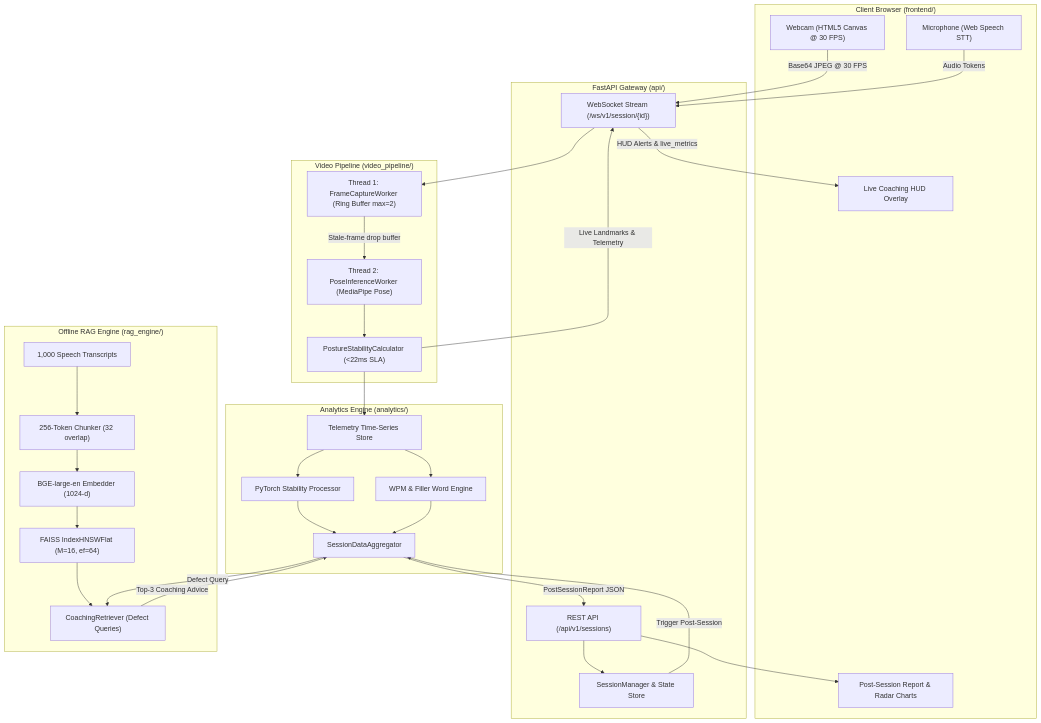
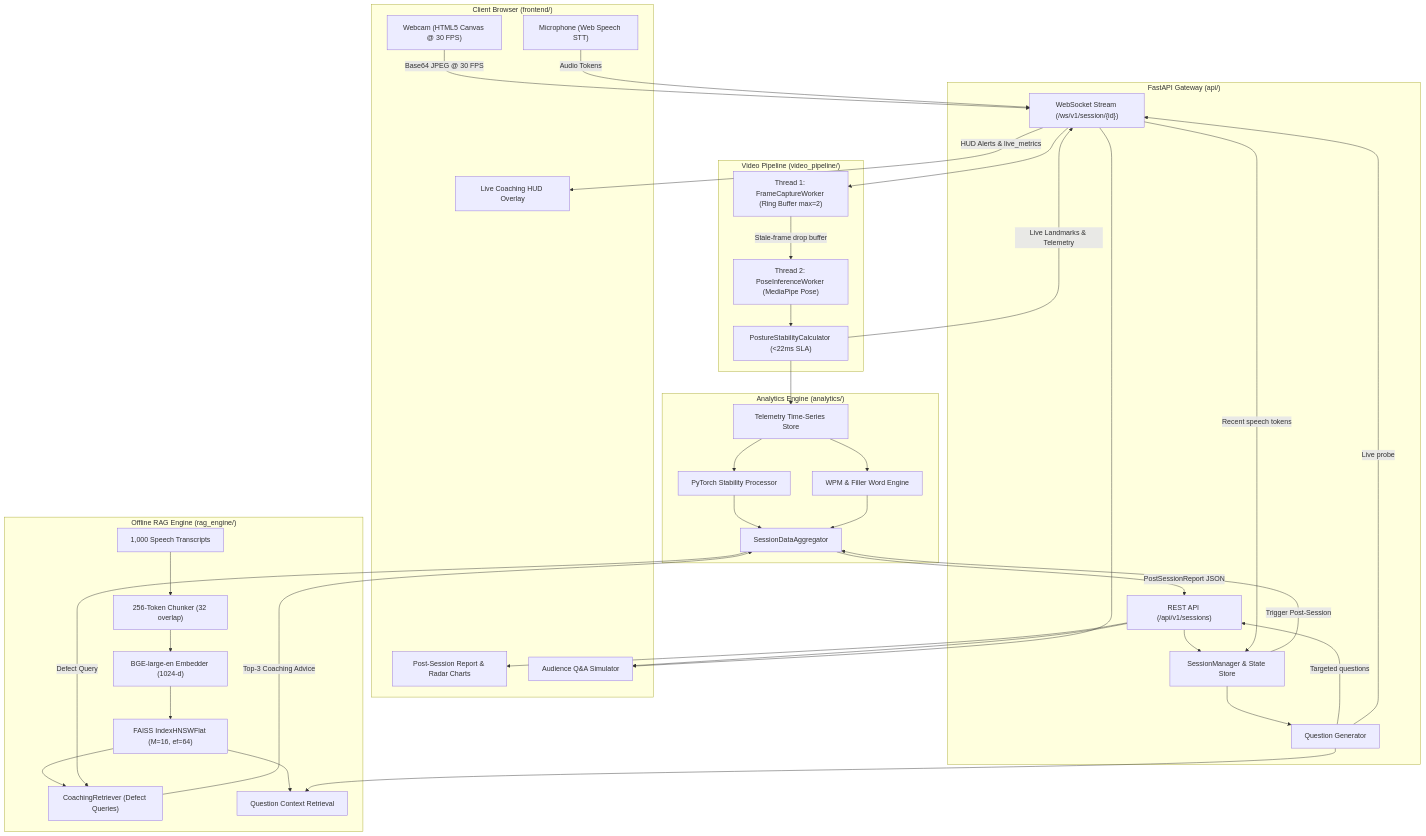
The diagram in README.md (Pavaneswar630/Presentation-AI), drawn with Mermaid before and after one commit. The commit also changed other lines of this file, not shown here.

````diff
--- a/README.md
+++ b/README.md
@@ -35,57 +37,68 @@
 ```mermaid
 graph TD
     subgraph Client ["Client Browser (frontend/)"]
         Webcam["Webcam (HTML5 Canvas @ 30 FPS)"]
         Mic["Microphone (Web Speech STT)"]
         LiveHUD["Live Coaching HUD Overlay"]
         ReportView["Post-Session Report & Radar Charts"]
+        QASimulator["Audience Q&A Simulator"]
     end
 
     subgraph API ["FastAPI Gateway (api/)"]
         WSRouter["WebSocket Stream (/ws/v1/session/{id})"]
         REST["REST API (/api/v1/sessions)"]
         SessionMgr["SessionManager & State Store"]
+        QAGenerator["Question Generator"]
     end
 
     subgraph VisionPipeline ["Video Pipeline (video_pipeline/)"]
         Worker1["Thread 1: FrameCaptureWorker (Ring Buffer max=2)"]
         Worker2["Thread 2: PoseInferenceWorker (MediaPipe Pose)"]
         PostureMath["PostureStabilityCalculator (<22ms SLA)"]
     end
 
     subgraph Analytics ["Analytics Engine (analytics/)"]
         TelemetryBuffer["Telemetry Time-Series Store"]
         PyTorchPosture["PyTorch Stability Processor"]
         SpeechCadence["WPM & Filler Word Engine"]
         ReportAggregator["SessionDataAggregator"]
     end
 
     subgraph RAG ["Offline RAG Engine (rag_engine/)"]
         Corpus["1,000 Speech Transcripts"]
         Chunker["256-Token Chunker (32 overlap)"]
         BGE["BGE-large-en Embedder (1024-d)"]
         HNSW["FAISS IndexHNSWFlat (M=16, ef=64)"]
         Retriever["CoachingRetriever (Defect Queries)"]
+        QuestionRAG["Question Context Retrieval"]
     end
 
     Webcam -->|Base64 JPEG @ 30 FPS| WSRouter
     Mic -->|Audio Tokens| WSRouter
     WSRouter --> Worker1
     Worker1 -->|Stale-frame drop buffer| Worker2
     Worker2 --> PostureMath
     PostureMath -->|Live Landmarks & Telemetry| WSRouter
     PostureMath --> TelemetryBuffer
     WSRouter -->|HUD Alerts & live_metrics| LiveHUD
 
     REST --> SessionMgr
     SessionMgr -->|Trigger Post-Session| ReportAggregator
     TelemetryBuffer --> PyTorchPosture
     TelemetryBuffer --> SpeechCadence
     PyTorchPosture --> ReportAggregator
     SpeechCadence --> ReportAggregator
     Corpus --> Chunker --> BGE --> HNSW --> Retriever
+    HNSW --> QuestionRAG
     ReportAggregator -->|Defect Query| Retriever
     Retriever -->|Top-3 Coaching Advice| ReportAggregator
     ReportAggregator -->|PostSessionReport JSON| REST
     REST --> ReportView
+    WSRouter -->|Recent speech tokens| SessionMgr
+    SessionMgr --> QAGenerator
+    QAGenerator --> QuestionRAG
+    QAGenerator -->|Targeted questions| REST
+    REST --> QASimulator
+    QAGenerator -->|Live probe| WSRouter
+    WSRouter --> QASimulator
 ```
````
